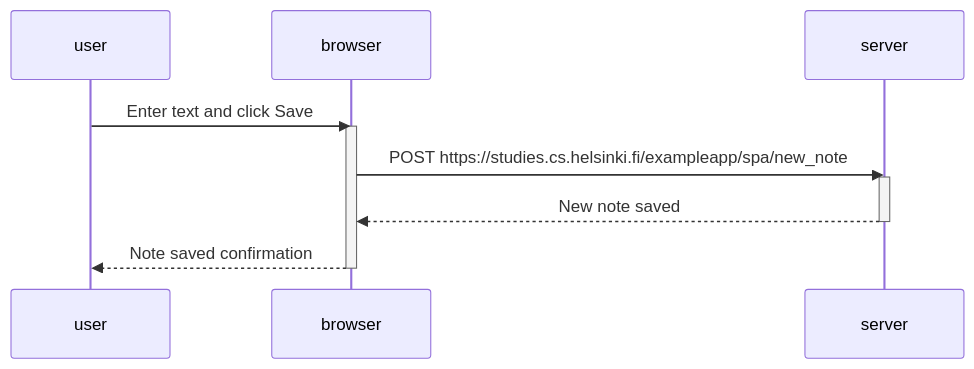
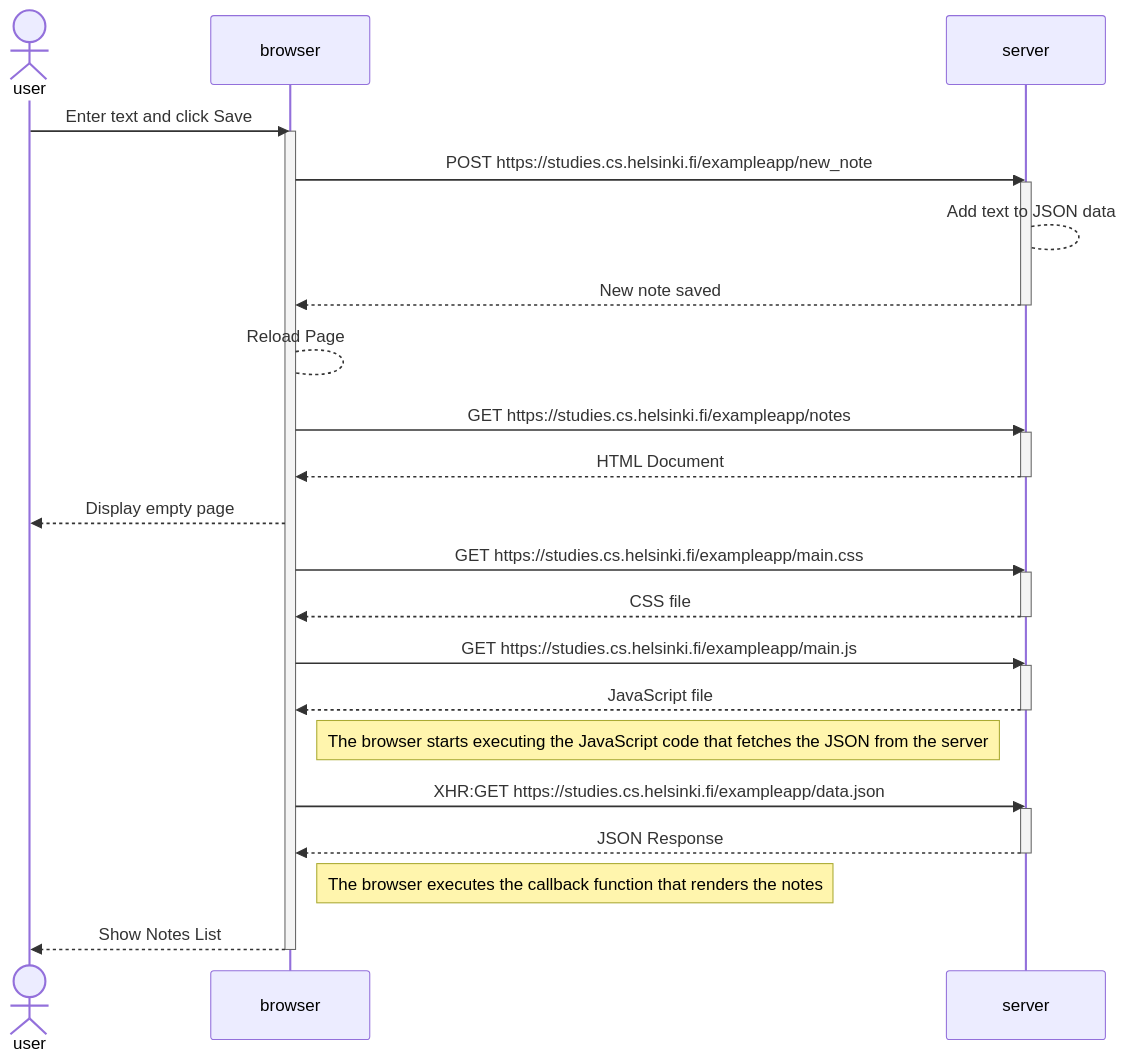
One commit to il4mb/fullstackopen changed the third of 3 diagrams in osa0/README.md. Above: the diagram before and after it, drawn with Mermaid. The commit also changed other lines of this file and 3 other files, not shown here.

````diff
--- a/osa0/README.md
+++ b/osa0/README.md
@@ -48,18 +90,47 @@
 ```mermaid
 sequenceDiagram
-    participant user
+    actor user
     participant browser
     participant server
 
     user->>browser: Enter text and click Save
     activate browser
 
-    browser->>server: POST https://studies.cs.helsinki.fi/exampleapp/spa/new_note
+    browser->>server: POST https://studies.cs.helsinki.fi/exampleapp/new_note
     activate server
+    server-->server: Add text to JSON data
     server-->>browser: New note saved
     deactivate server
 
-    browser-->>user: Note saved confirmation
+    browser-->browser: Reload Page
+
+    browser->>server: GET https://studies.cs.helsinki.fi/exampleapp/notes
+    activate server
+    server-->>browser: HTML Document 
+    deactivate server
+
+    browser-->>user: Display empty page
+
+    browser->>server: GET https://studies.cs.helsinki.fi/exampleapp/main.css
+    activate server
+    server-->>browser: CSS file 
+    deactivate server
+
+    browser->>server: GET https://studies.cs.helsinki.fi/exampleapp/main.js
+    activate server
+    server-->>browser: JavaScript file
+    deactivate server
+
+    Note right of browser: The browser starts executing the JavaScript code that fetches the JSON from the server
+
+    browser->>server: XHR:GET https://studies.cs.helsinki.fi/exampleapp/data.json 
+    activate server
+    server-->>browser: JSON Response
+    deactivate server
+
+    Note right of browser: The browser executes the callback function that renders the notes
+
+    browser-->>user: Show Notes List
     deactivate browser
 
 ```
````
